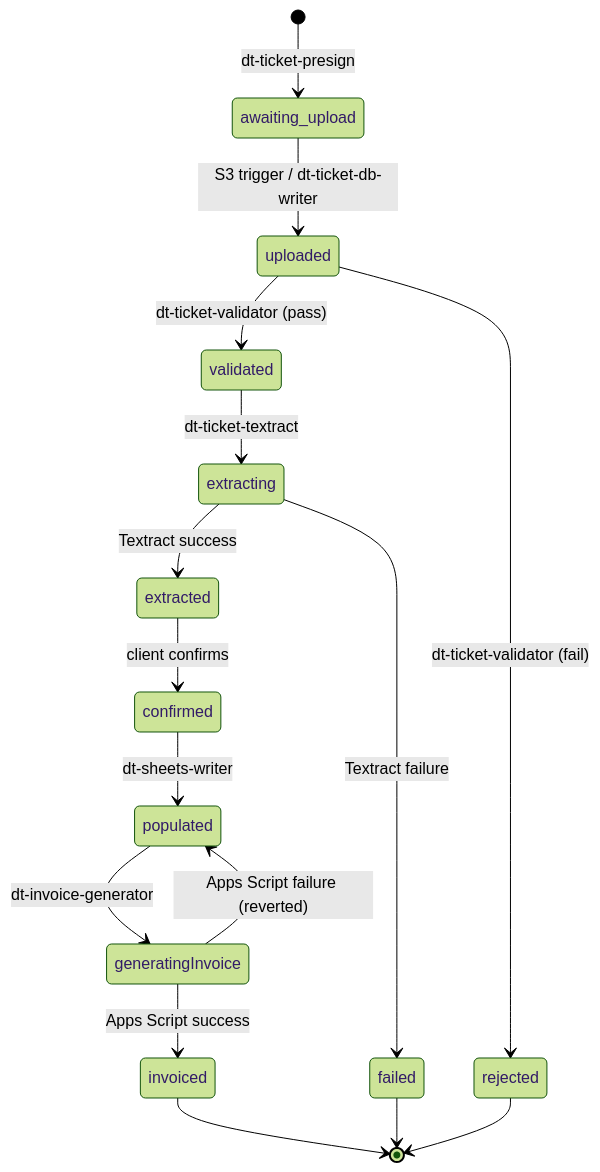
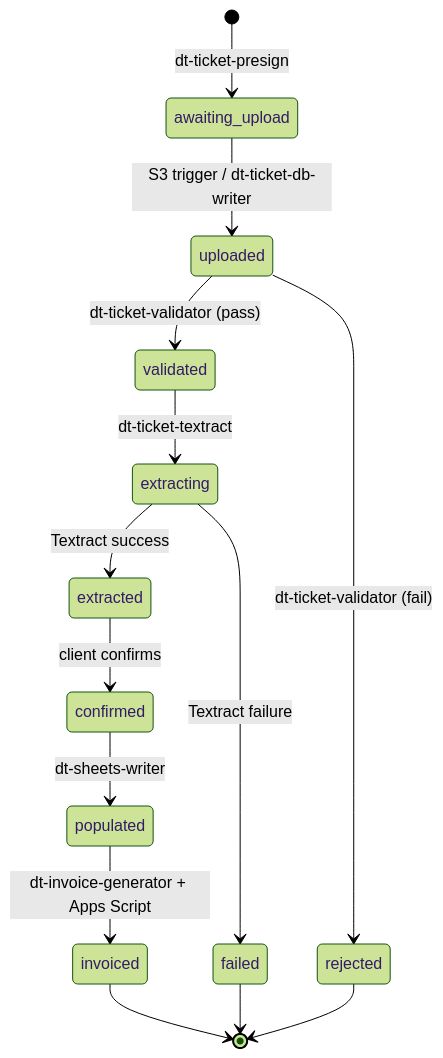
Before and after one commit to artomatiq/ccs-ticket-backend: the second of 2 diagrams in ARCHITECTURE.MD, drawn with Mermaid (forest theme). The commit also changed other lines of this file, not shown here.

Commit message:
updated architecture file

````diff
--- a/ARCHITECTURE.MD
+++ b/ARCHITECTURE.MD
@@ -50,18 +50,16 @@
 ```mermaid
 stateDiagram-v2
     [*] --> awaiting_upload: dt-ticket-presign
     awaiting_upload --> uploaded: S3 trigger / dt-ticket-db-writer
     uploaded --> validated: dt-ticket-validator (pass)
     uploaded --> rejected: dt-ticket-validator (fail)
     validated --> extracting: dt-ticket-textract
     extracting --> extracted: Textract success
     extracting --> failed: Textract failure
     extracted --> confirmed: client confirms
     confirmed --> populated: dt-sheets-writer
-    populated --> generatingInvoice: dt-invoice-generator
-    generatingInvoice --> invoiced: Apps Script success
-    generatingInvoice --> populated: Apps Script failure (reverted)
+    populated --> invoiced: dt-invoice-generator + Apps Script
     invoiced --> [*]
     rejected --> [*]
     failed --> [*]
 ```
````
